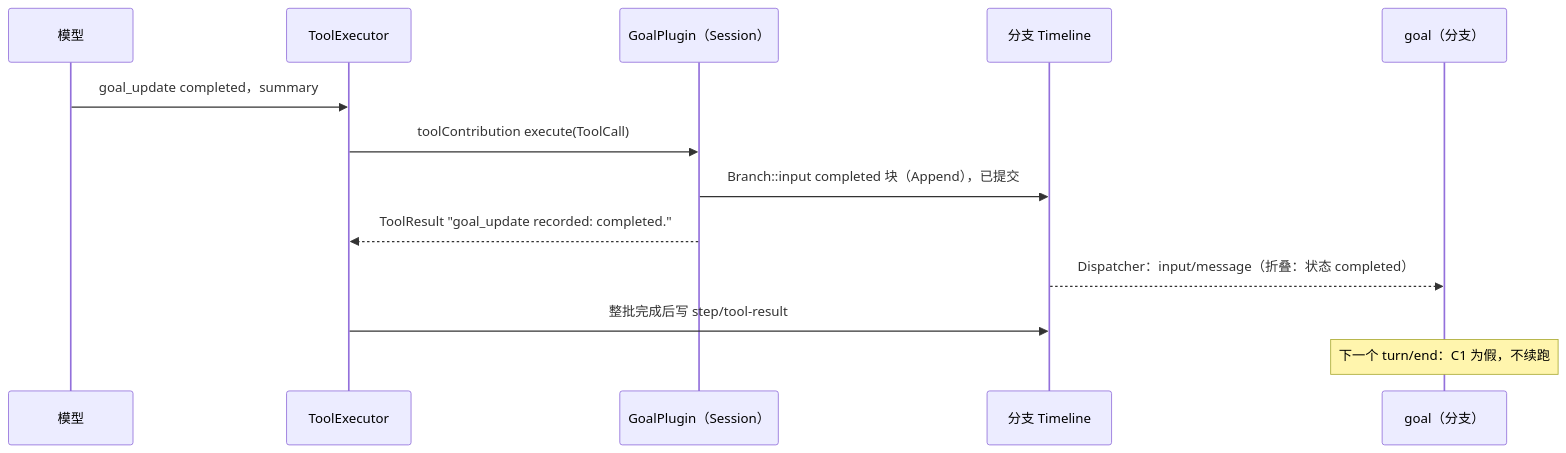
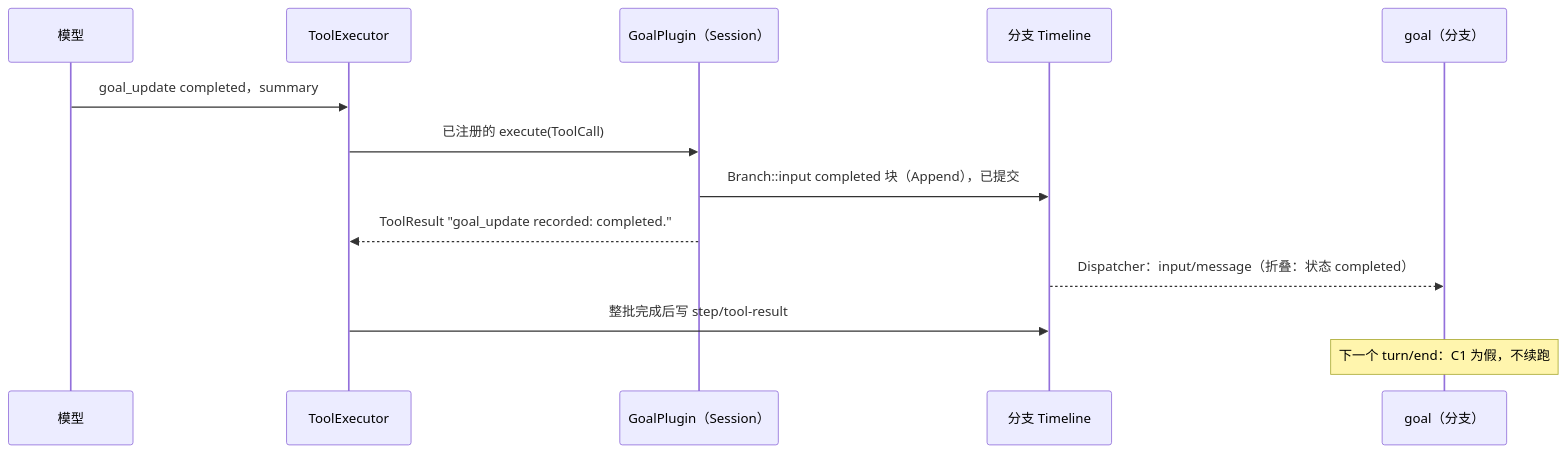
One commit to CoutinhoTTS/dim-agent changed the fourth of 7 diagrams in docs/zh/design/plugins/Goal.md. Above: the diagram before and after it, drawn with Mermaid. The commit also changed other lines of this file and 101 other files, not shown here.

````diff
--- a/docs/zh/design/plugins/Goal.md
+++ b/docs/zh/design/plugins/Goal.md
@@ -129,15 +129,15 @@
 ```mermaid
 sequenceDiagram
   participant Model as 模型
   participant TE as ToolExecutor
   participant GS as GoalPlugin（Session）
   participant TL as 分支 Timeline
   participant G as goal（分支）
   Model->>TE: goal_update completed，summary
-  TE->>GS: toolContribution execute(ToolCall)
+  TE->>GS: 已注册的 execute(ToolCall)
   GS->>TL: Branch::input completed 块（Append），已提交
   GS-->>TE: ToolResult "goal_update recorded: completed."
   TL-->>G: Dispatcher：input/message（折叠：状态 completed）
   TE->>TL: 整批完成后写 step/tool-result
   Note over G: 下一个 turn/end：C1 为假，不续跑
 ```
````
